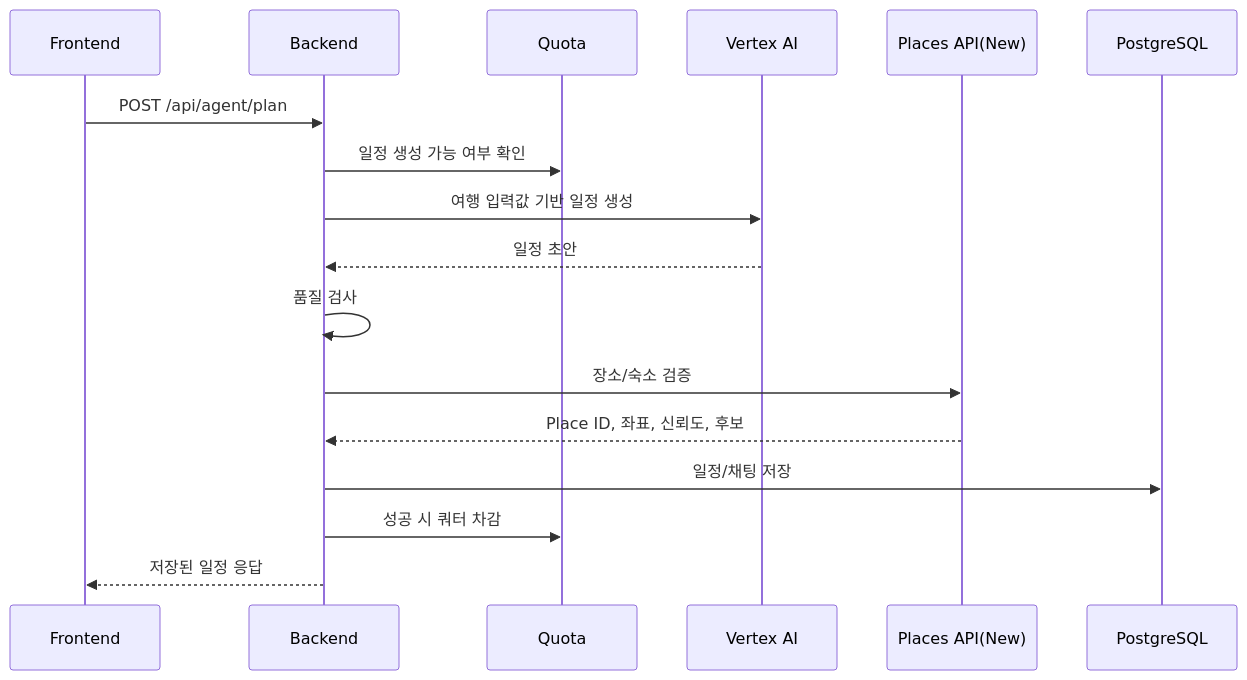
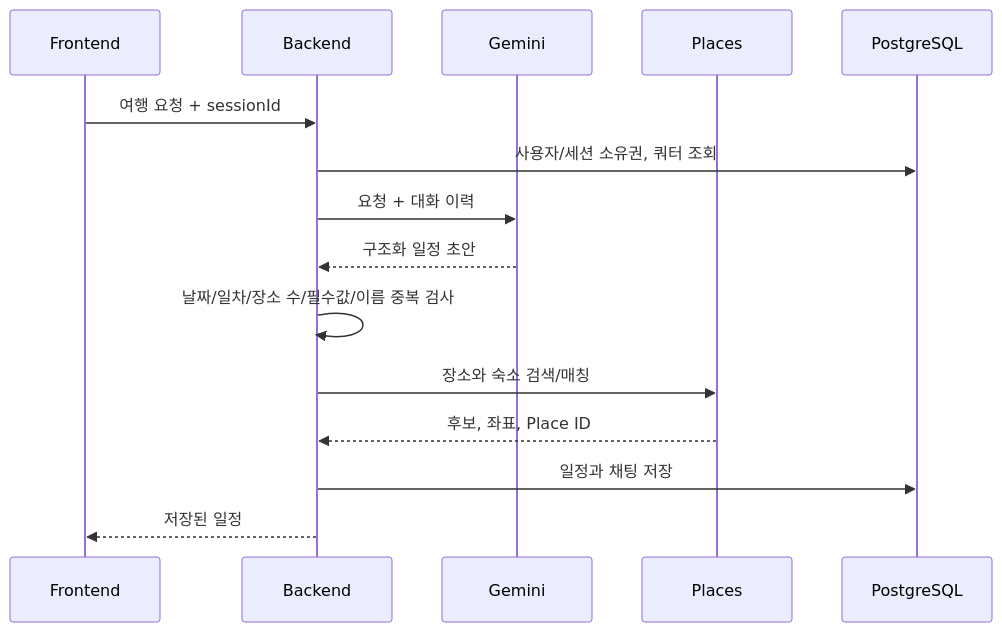
The second of 2 diagrams in docs/아키텍처.md (KHSBE/KHSBE-AIT), drawn with Mermaid before and after one commit. The commit also changed other lines of this file and 8 other files, not shown here.

````diff
--- a/docs/아키텍처.md
+++ b/docs/아키텍처.md
@@ -48,20 +46,17 @@
 ```mermaid
 sequenceDiagram
     participant F as Frontend
     participant B as Backend
-    participant Q as Quota
-    participant AI as Vertex AI
-    participant P as Places API(New)
+    participant AI as Gemini
+    participant P as Places
     participant DB as PostgreSQL
-
-    F->>B: POST /api/agent/plan
-    B->>Q: 일정 생성 가능 여부 확인
-    B->>AI: 여행 입력값 기반 일정 생성
-    AI-->>B: 일정 초안
-    B->>B: 품질 검사
-    B->>P: 장소/숙소 검증
-    P-->>B: Place ID, 좌표, 신뢰도, 후보
-    B->>DB: 일정/채팅 저장
-    B->>Q: 성공 시 쿼터 차감
-    B-->>F: 저장된 일정 응답
+    F->>B: 여행 요청 + sessionId
+    B->>DB: 사용자/세션 소유권, 쿼터 조회
+    B->>AI: 요청 + 대화 이력
+    AI-->>B: 구조화 일정 초안
+    B->>B: 날짜/일차/장소 수/필수값/이름 중복 검사
+    B->>P: 장소와 숙소 검색/매칭
+    P-->>B: 후보, 좌표, Place ID
+    B->>DB: 일정과 채팅 저장
+    B-->>F: 저장된 일정
 ```
````
